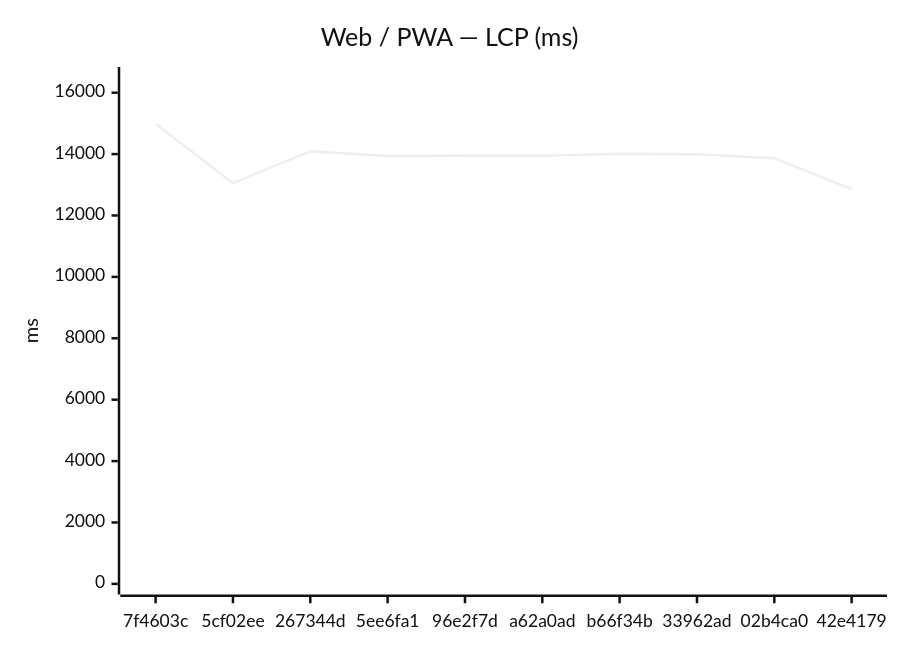
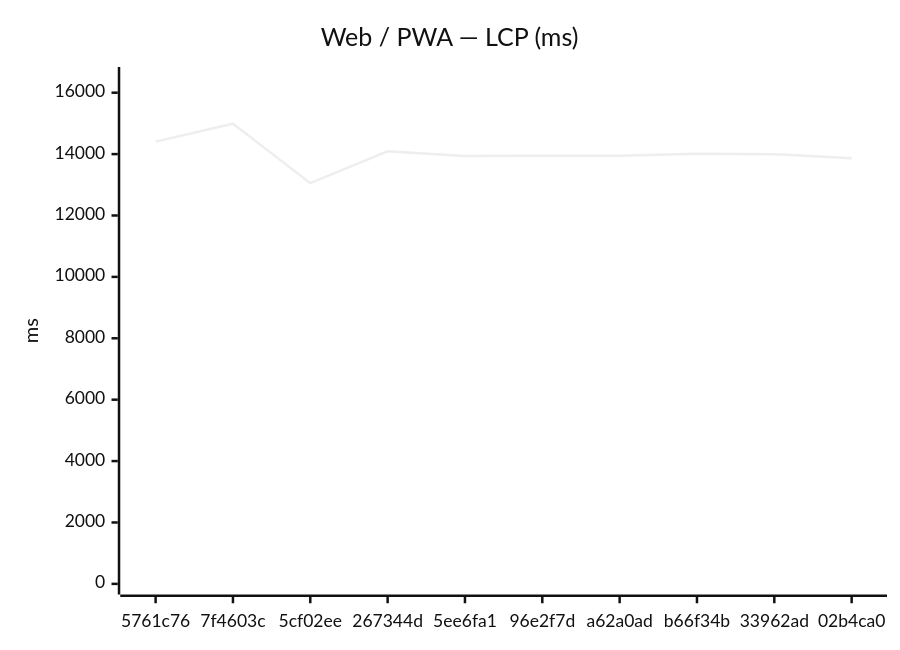
One commit to Metaheurist/Rianell changed the first of 18 diagrams in benchmarks/compare.md. Above: the diagram before and after it, drawn with Mermaid (neutral theme). The commit also changed other lines of this file and 11 other files, not shown here.

````diff
--- a/benchmarks/compare.md
+++ b/benchmarks/compare.md
@@ -24,7 +24,7 @@
 ```mermaid
 xychart-beta
     title "Web / PWA — LCP (ms)"
-    x-axis ["7f4603c", "5cf02ee", "267344d", "5ee6fa1", "96e2f7d", "a62a0ad", "b66f34b", "33962ad", "02b4ca0", "42e4179"]
+    x-axis ["5761c76", "7f4603c", "5cf02ee", "267344d", "5ee6fa1", "96e2f7d", "a62a0ad", "b66f34b", "33962ad", "02b4ca0"]
     y-axis "ms" 0 --> 16491
-    line [14991, 13053, 14092, 13942, 13945, 13945, 14014, 13997, 13868, 12854]
+    line [14406, 14991, 13053, 14092, 13942, 13945, 13945, 14014, 13997, 13868]
 ```
````
